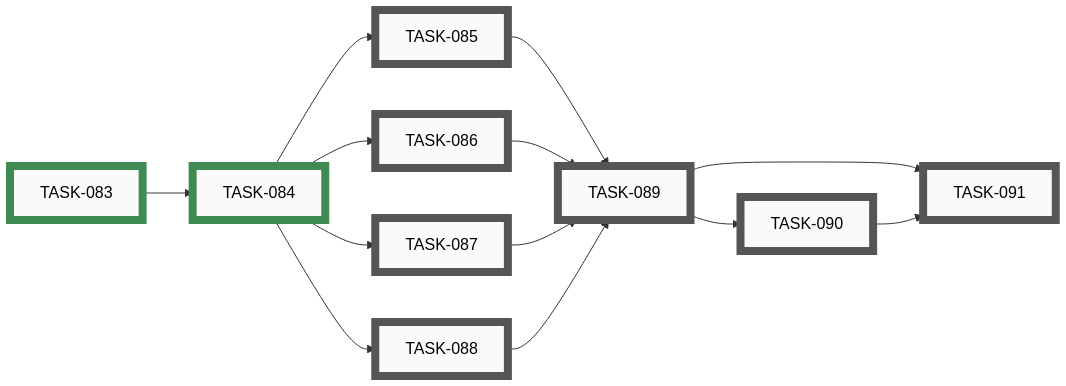
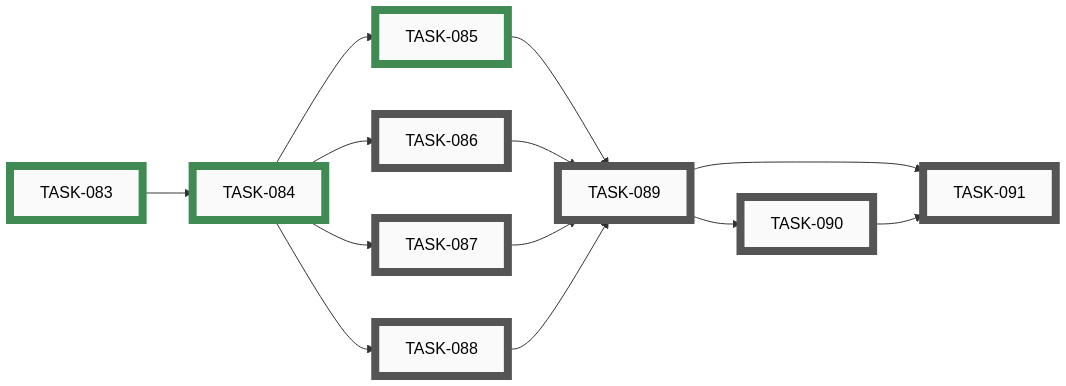
One commit to tgd1975/CircuitSmith changed diagram 11 of 15 in docs/developers/tasks/EPICS.md. Above: the diagram before and after it, drawn with Mermaid. The commit also changed other lines of this file and 6 other files, not shown here.

First line of the commit message:
close TASK-085: author the schema and netgraph subsystem test plans

````diff
--- a/docs/developers/tasks/EPICS.md
+++ b/docs/developers/tasks/EPICS.md
@@ -661,41 +661,41 @@
 ```mermaid
 graph LR
-    TASK_085["TASK-085"]:::open
     TASK_086["TASK-086"]:::open
     TASK_087["TASK-087"]:::open
     TASK_088["TASK-088"]:::open
     TASK_089["TASK-089"]:::open
     TASK_090["TASK-090"]:::open
     TASK_091["TASK-091"]:::open
     TASK_083["TASK-083"]:::closed
     TASK_084["TASK-084"]:::closed
-    TASK_084 --> TASK_085
+    TASK_085["TASK-085"]:::closed
     TASK_084 --> TASK_086
     TASK_084 --> TASK_087
     TASK_084 --> TASK_088
     TASK_085 --> TASK_089
     TASK_086 --> TASK_089
     TASK_087 --> TASK_089
     TASK_088 --> TASK_089
     TASK_089 --> TASK_090
     TASK_089 --> TASK_091
     TASK_090 --> TASK_091
     TASK_083 --> TASK_084
-    click TASK_085 "open/task-085-document-schema-and-netgraph-test-plan.md"
+    TASK_084 --> TASK_085
     click TASK_086 "open/task-086-document-layout-and-router-test-plan.md"
     click TASK_087 "open/task-087-document-renderer-and-erc-test-plan.md"
     click TASK_088 "open/task-088-document-exporters-orchestration-ci-test-plan.md"
     click TASK_089 "open/task-089-write-top-level-coverage-matrix.md"
     click TASK_090 "open/task-090-file-followup-tasks-for-coverage-gaps.md"
     click TASK_091 "open/task-091-ci-staleness-check-for-test-plan.md"
     click TASK_083 "closed/task-083-scaffold-testing-docs-directory.md"
     click TASK_084 "closed/task-084-inventory-existing-test-surface.md"
+    click TASK_085 "closed/task-085-document-schema-and-netgraph-test-plan.md"
     classDef open    fill:#FAFAFA,stroke:#555,stroke-width:8px,color:#000
     classDef active  fill:#FAFAFA,stroke:#1A6FA8,stroke-width:8px,color:#000
     classDef closed  fill:#FAFAFA,stroke:#3F8B53,stroke-width:8px,color:#000
     classDef paused  fill:#FAFAFA,stroke:#B07810,stroke-width:8px,color:#000
     classDef openExt    fill:#000,stroke:#888,stroke-width:8px,color:#FFF
     classDef activeExt  fill:#000,stroke:#3FA9F5,stroke-width:8px,color:#FFF
     classDef closedExt  fill:#000,stroke:#7CC68A,stroke-width:8px,color:#FFF
     classDef pausedExt  fill:#000,stroke:#F0B030,stroke-width:8px,color:#FFF
 ```
````
